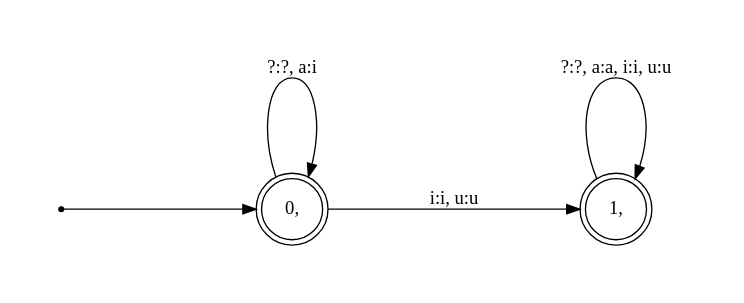
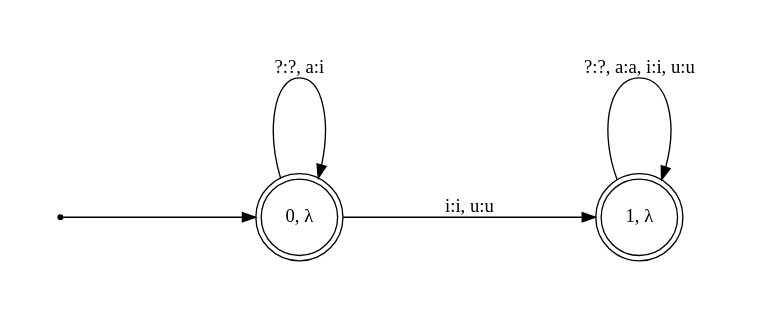
The diagram in illustrations/Jingulu verbal root with subject agreement-marking suffix.gv (ishtiaque06/vh-fst), drawn with Graphviz before and after one commit. The commit also changed 19 other files, not shown here.

```diff
--- a/illustrations/Jingulu verbal root with subject agreement-marking suffix.gv
+++ b/illustrations/Jingulu verbal root with subject agreement-marking suffix.gv
@@ -1,14 +1,14 @@
 digraph fst {
 	graph [pad="0.5", nodesep="1", ranksep="2"];
 	rankdir=LR;
 	size="10,10";
 	node [shape = point]; start;
 	node [shape = doublecircle];
-		"0, ";
-		"1, ";
+		"0, λ";
+		"1, λ";
 
-	"0, " ->	"0, " [ label = "?:?, a:i" ];
-	"0, " ->	"1, " [ label = "i:i, u:u" ];
-	"1, " ->	"1, " [ label = "?:?, a:a, i:i, u:u" ];
-	start -> "0, ";
+	"0, λ" ->	"0, λ" [ label = "?:?, a:i" ];
+	"0, λ" ->	"1, λ" [ label = "i:i, u:u" ];
+	"1, λ" ->	"1, λ" [ label = "?:?, a:a, i:i, u:u" ];
+	start -> "0, λ";
 }
```
